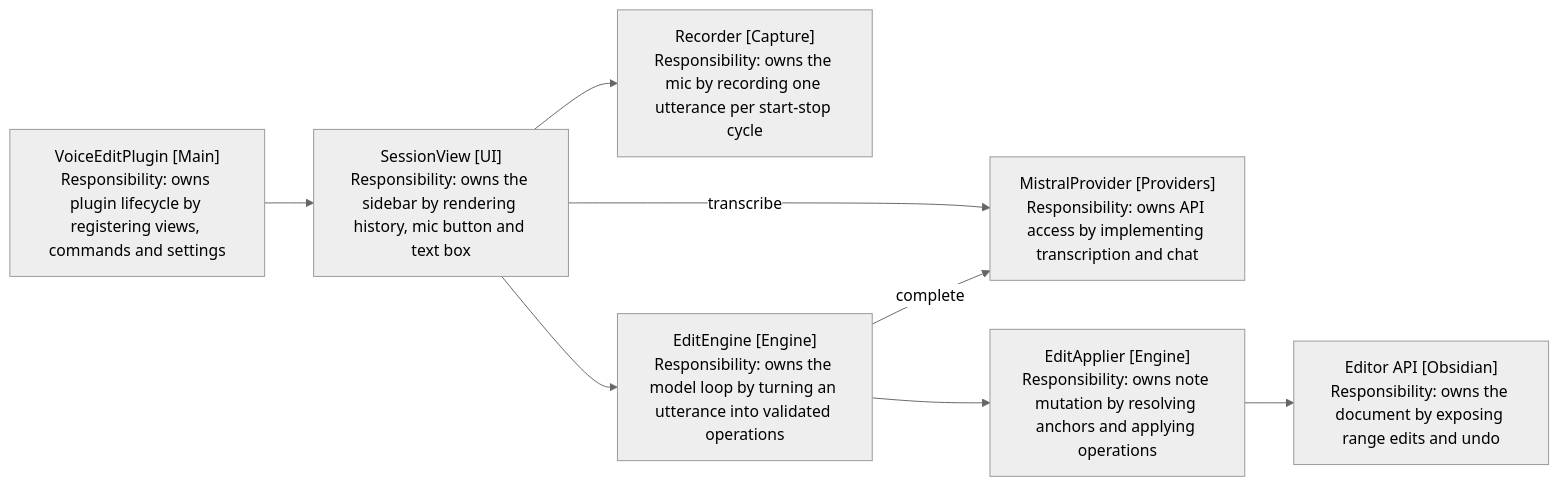
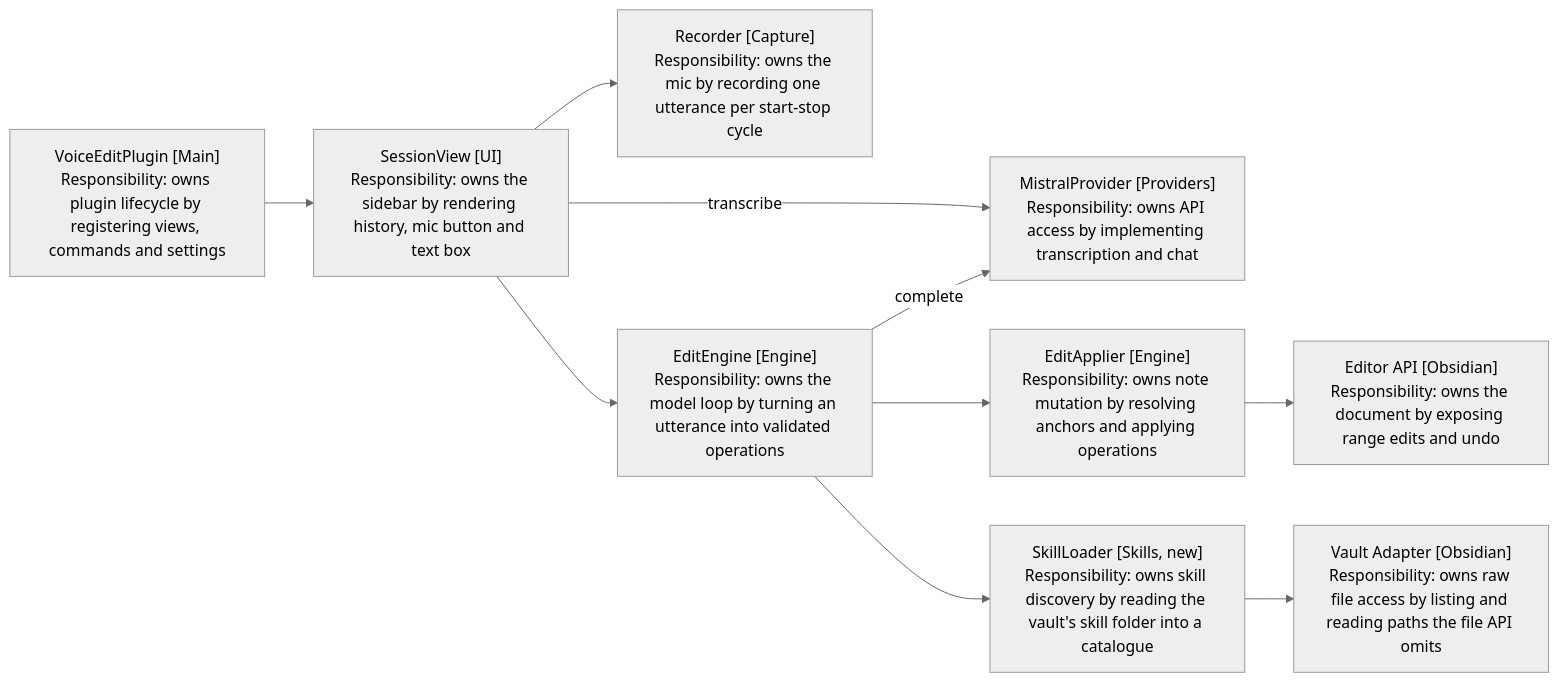
One commit to iparips/obsidian-owl changed the first of 2 diagrams in docs/spec/1-voice-note-editing/high-level-design/1-desktop-mvp.md. Above: the diagram before and after it, drawn with Mermaid (neutral theme). The commit also changed other lines of this file and 19 other files, not shown here.

Commit message:
Update spec to include vault skills

````diff
--- a/docs/spec/1-voice-note-editing/high-level-design/1-desktop-mvp.md
+++ b/docs/spec/1-voice-note-editing/high-level-design/1-desktop-mvp.md
@@ -7,18 +7,22 @@
 ```mermaid
 flowchart LR
     Main["VoiceEditPlugin [Main]<br/>Responsibility: owns plugin lifecycle by registering views, commands and settings"]
     View["SessionView [UI]<br/>Responsibility: owns the sidebar by rendering history, mic button and text box"]
     Rec["Recorder [Capture]<br/>Responsibility: owns the mic by recording one utterance per start-stop cycle"]
     Prov["MistralProvider [Providers]<br/>Responsibility: owns API access by implementing transcription and chat"]
     Eng["EditEngine [Engine]<br/>Responsibility: owns the model loop by turning an utterance into validated operations"]
     App["EditApplier [Engine]<br/>Responsibility: owns note mutation by resolving anchors and applying operations"]
     Ed["Editor API [Obsidian]<br/>Responsibility: owns the document by exposing range edits and undo"]
+    Skills["SkillLoader [Skills, new]<br/>Responsibility: owns skill discovery by reading the vault's skill folder into a catalogue"]
+    Adapter["Vault Adapter [Obsidian]<br/>Responsibility: owns raw file access by listing and reading paths the file API omits"]
 
     Main --> View
     View --> Rec
     View --> Eng
     View -->|"transcribe"| Prov
     Eng -->|"complete"| Prov
     Eng --> App
+    Eng --> Skills
+    Skills --> Adapter
     App --> Ed
 ```
````
